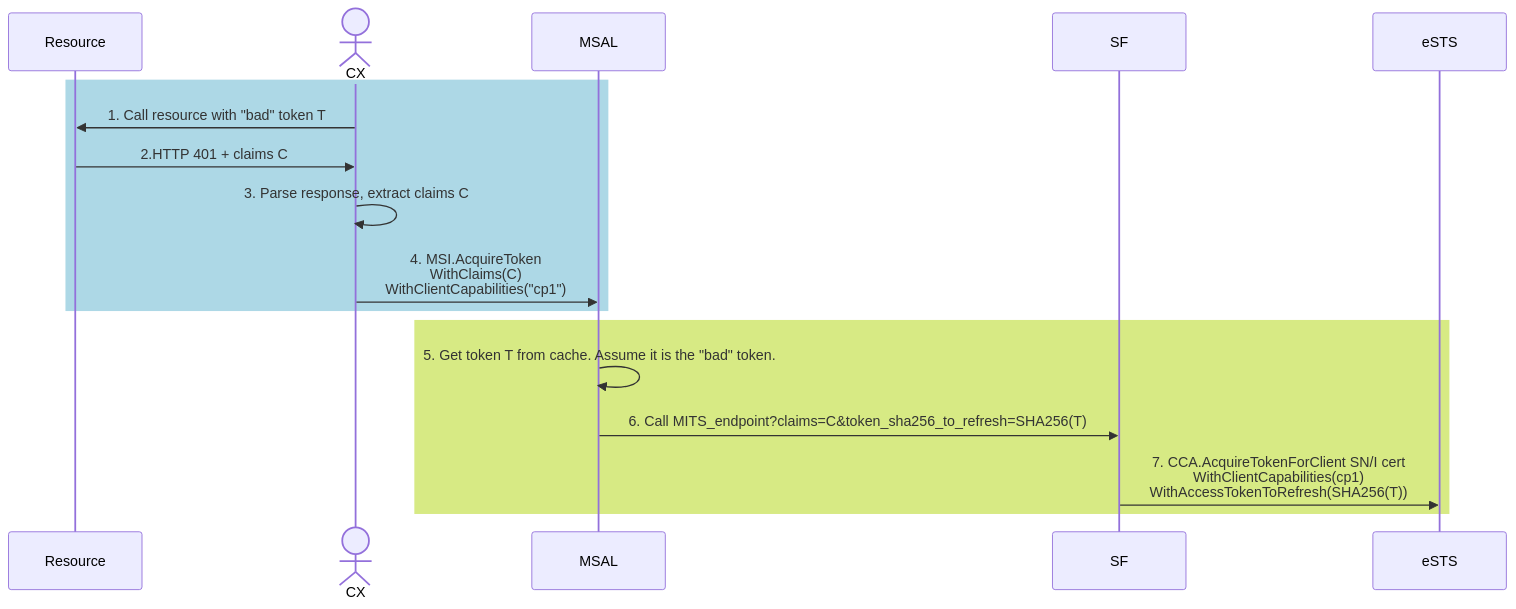
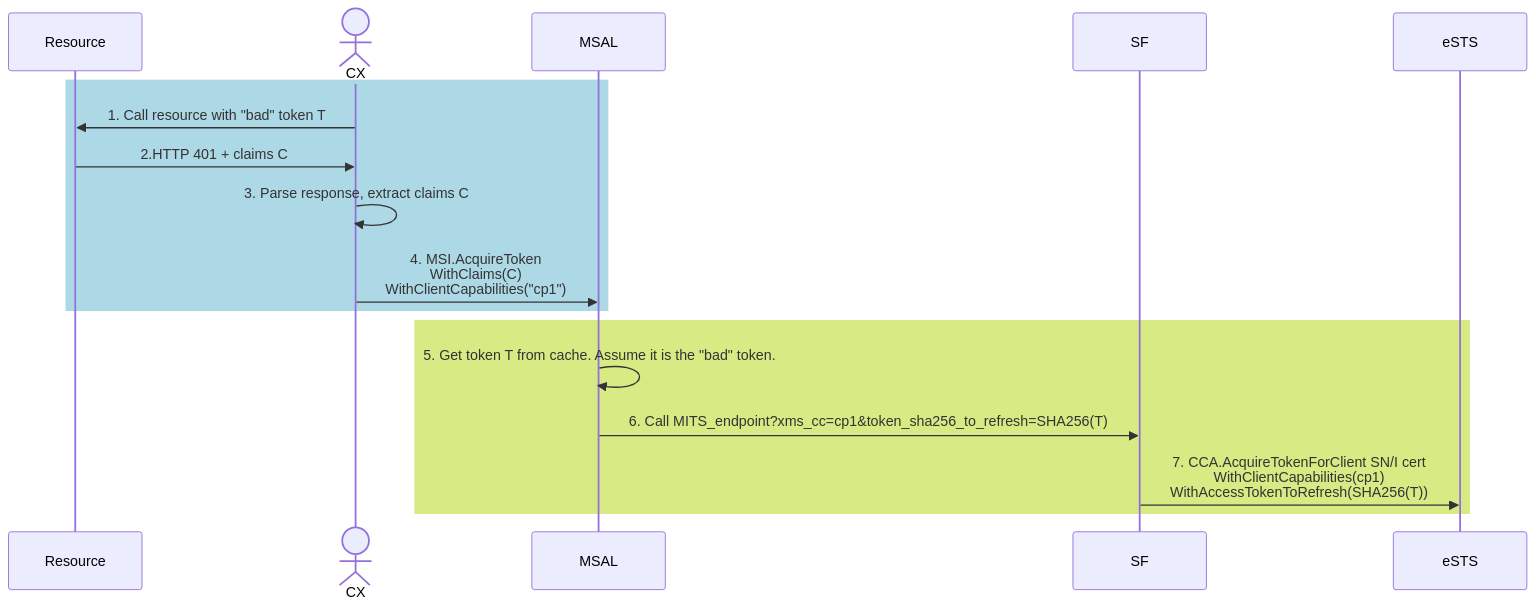
One commit to AzureAD/microsoft-authentication-library-for-dotnet changed the first of 2 diagrams in docs/msiv1_token_revocation.md. Above: the diagram before and after it, drawn with Mermaid. The commit also changed other lines of this file, not shown here.

Commit message:
Update token revocation documentation with new parameters

````diff
--- a/docs/msiv1_token_revocation.md
+++ b/docs/msiv1_token_revocation.md
@@ -13,20 +13,20 @@
 ```mermaid
 sequenceDiagram
     participant Resource
     actor CX
     participant MSAL
     participant SF        
     participant eSTS
 
 rect rgb(173, 216, 230)
     CX->> Resource: 1. Call resource with "bad" token T
     Resource->>CX: 2.HTTP 401 + claims C
     CX->>CX: 3. Parse response, extract claims C
     CX->>MSAL: 4. MSI.AcquireToken <br/> WithClaims(C) <br/> WithClientCapabilities("cp1")
 end
 rect rgb(215, 234, 132)
     MSAL->>MSAL: 5. Get token T from cache. Assume it is the "bad" token.
-    MSAL->>SF: 6. Call MITS_endpoint?claims=C&token_sha256_to_refresh=SHA256(T)
+    MSAL->>SF: 6. Call MITS_endpoint?xms_cc=cp1&token_sha256_to_refresh=SHA256(T)
     SF->>eSTS: 7. CCA.AcquireTokenForClient SN/I cert <br/> WithClientCapabilities(cp1) <br/> WithAccessTokenToRefresh(SHA256(T))
 end
 ```
````
